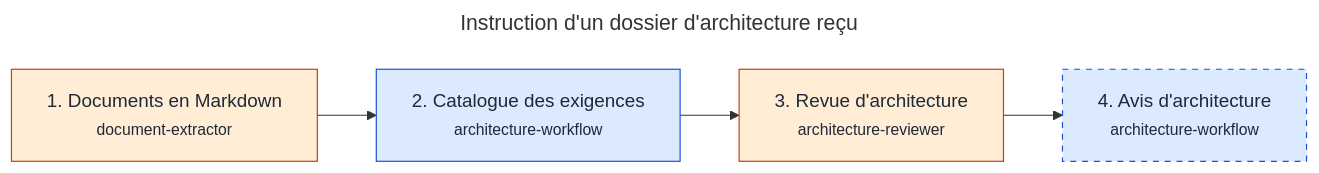
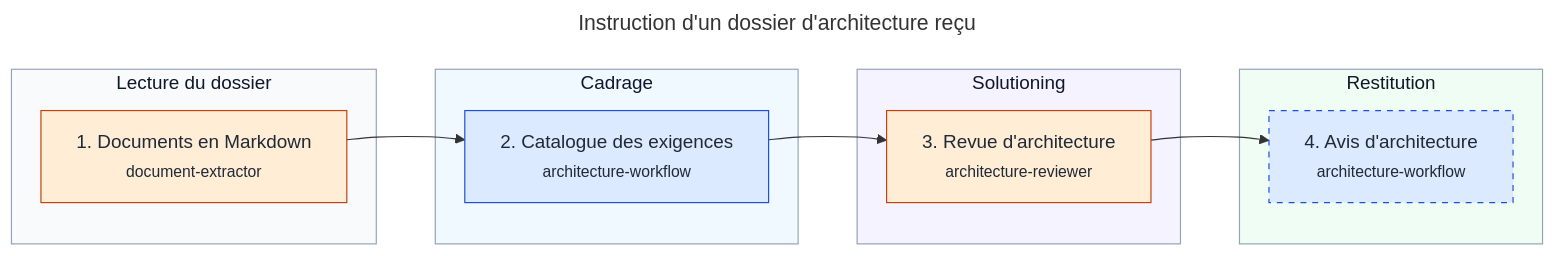
Before and after one commit to RenaudVanhille/myskills: the diagram in docs/workflows/revue-dossier.md, drawn with Mermaid. The commit also changed other lines of this file and 35 other files, not shown here.

````diff
--- a/docs/workflows/revue-dossier.md
+++ b/docs/workflows/revue-dossier.md
@@ -18,19 +18,34 @@
 ```mermaid
 ---
 title: "Instruction d'un dossier d'architecture reçu"
 ---
 flowchart LR
-  s_documents["1. Documents en Markdown<br/><small>document-extractor</small>"]
-  s_exigences["2. Catalogue des exigences<br/><small>architecture-workflow</small>"]
-  s_revue["3. Revue d'architecture<br/><small>architecture-reviewer</small>"]
-  s_avis["4. Avis d'architecture<br/><small>architecture-workflow</small>"]
+  subgraph z_lecture["Lecture du dossier"]
+    s_documents["1. Documents en Markdown<br/><small>document-extractor</small>"]
+  end
+  style z_lecture fill:#f8fafc,stroke:#94a3b8,color:#0f172a
+  subgraph z_cadrage["Cadrage"]
+    s_exigences["2. Catalogue des exigences<br/><small>architecture-workflow</small>"]
+  end
+  style z_cadrage fill:#f0f9ff,stroke:#94a3b8,color:#0f172a
+  subgraph z_solutioning["Solutioning"]
+    s_revue["3. Revue d'architecture<br/><small>architecture-reviewer</small>"]
+  end
+  style z_solutioning fill:#f5f3ff,stroke:#94a3b8,color:#0f172a
+  subgraph z_restitution["Restitution"]
+    s_avis["4. Avis d'architecture<br/><small>architecture-workflow</small>"]
+  end
+  style z_restitution fill:#f0fdf4,stroke:#94a3b8,color:#0f172a
   s_documents --> s_exigences
   s_exigences --> s_revue
   s_revue --> s_avis
+  s_documents ~~~ s_exigences
+  s_exigences ~~~ s_revue
+  s_revue ~~~ s_avis
   classDef moteur fill:#dbeafe,stroke:#1d4ed8,color:#1f2937
   classDef agent fill:#ffedd5,stroke:#c2410c,color:#1f2937
   classDef facultative stroke-dasharray:5 5
   class s_exigences,s_avis moteur
   class s_documents,s_revue agent
   class s_avis facultative
 ```
````
